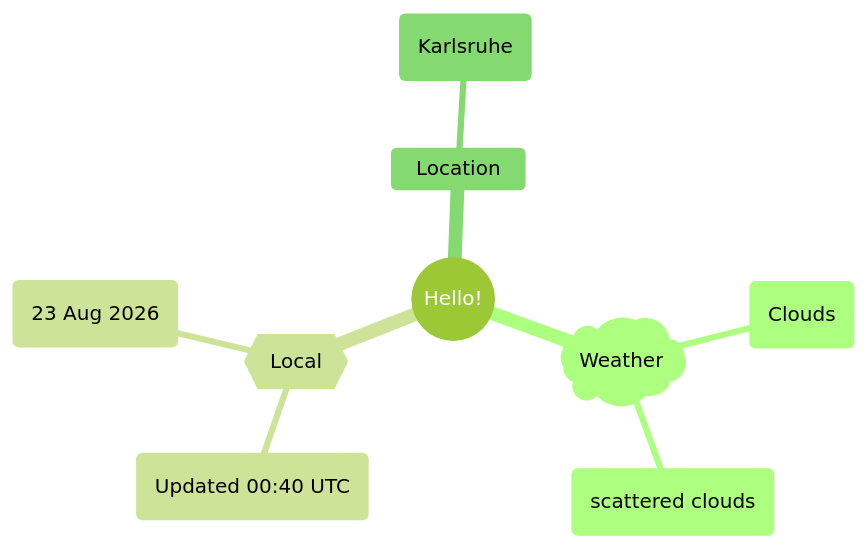
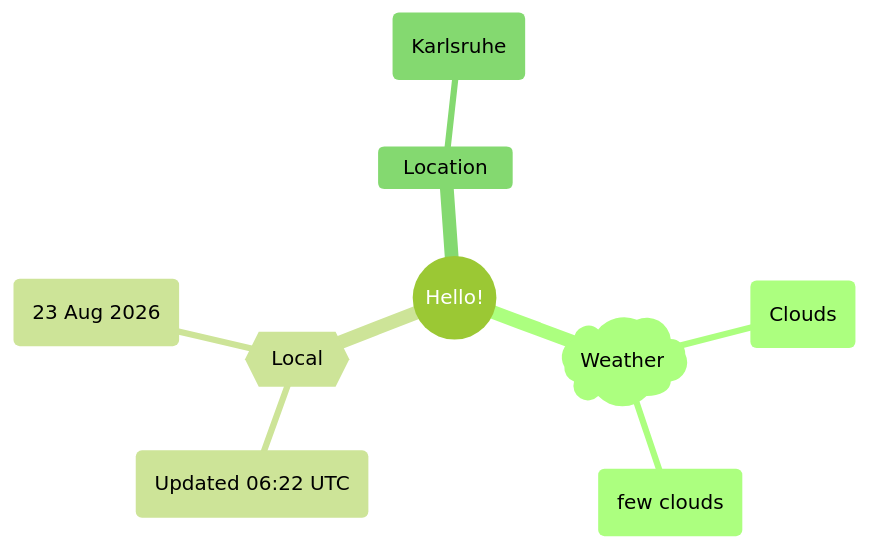
The first of 2 diagrams in README.md (Xosrov/Xosrov), drawn with Mermaid (forest theme) before and after one commit.

Commit message:
[bot] updated images

````diff
--- a/README.md
+++ b/README.md
@@ -3,12 +3,12 @@
 ```mermaid
 mindmap
   root((Hello!))
     )Weather(
         (Clouds)
-        (scattered clouds)
+        (few clouds)
     {{Local}}
-        (Updated 00:40 UTC)
+        (Updated 06:22 UTC)
         (23 Aug 2026)
     Location
         (Karlsruhe)
 ```
````
